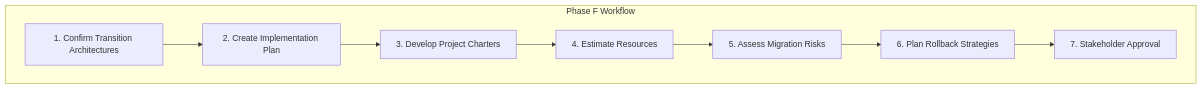
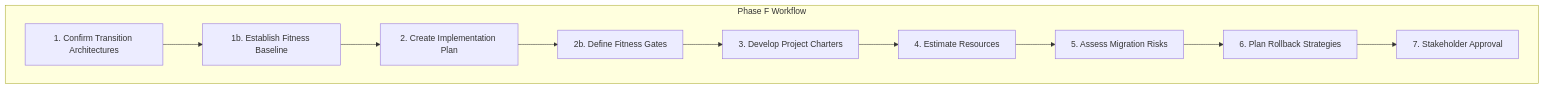
The first of 2 diagrams in .aiagent/skills/optional/togaf/migration-planning/workflows.md (quantum-crowbar/quantum-toolbox), drawn with Mermaid before and after one commit. The commit also changed other lines of this file and 10 other files, not shown here.

````diff
--- a/.aiagent/skills/optional/togaf/migration-planning/workflows.md
+++ b/.aiagent/skills/optional/togaf/migration-planning/workflows.md
@@ -9,19 +9,23 @@
 ```mermaid
 flowchart TD
     subgraph "Phase F Workflow"
         A[1. Confirm Transition Architectures]
+        A1[1b. Establish Fitness Baseline]
         B[2. Create Implementation Plan]
+        B1[2b. Define Fitness Gates]
         C[3. Develop Project Charters]
         D[4. Estimate Resources]
         E[5. Assess Migration Risks]
         F[6. Plan Rollback Strategies]
         G[7. Stakeholder Approval]
     end
 
-    A --> B
-    B --> C
+    A --> A1
+    A1 --> B
+    B --> B1
+    B1 --> C
     C --> D
     D --> E
     E --> F
     F --> G
 ```
````
